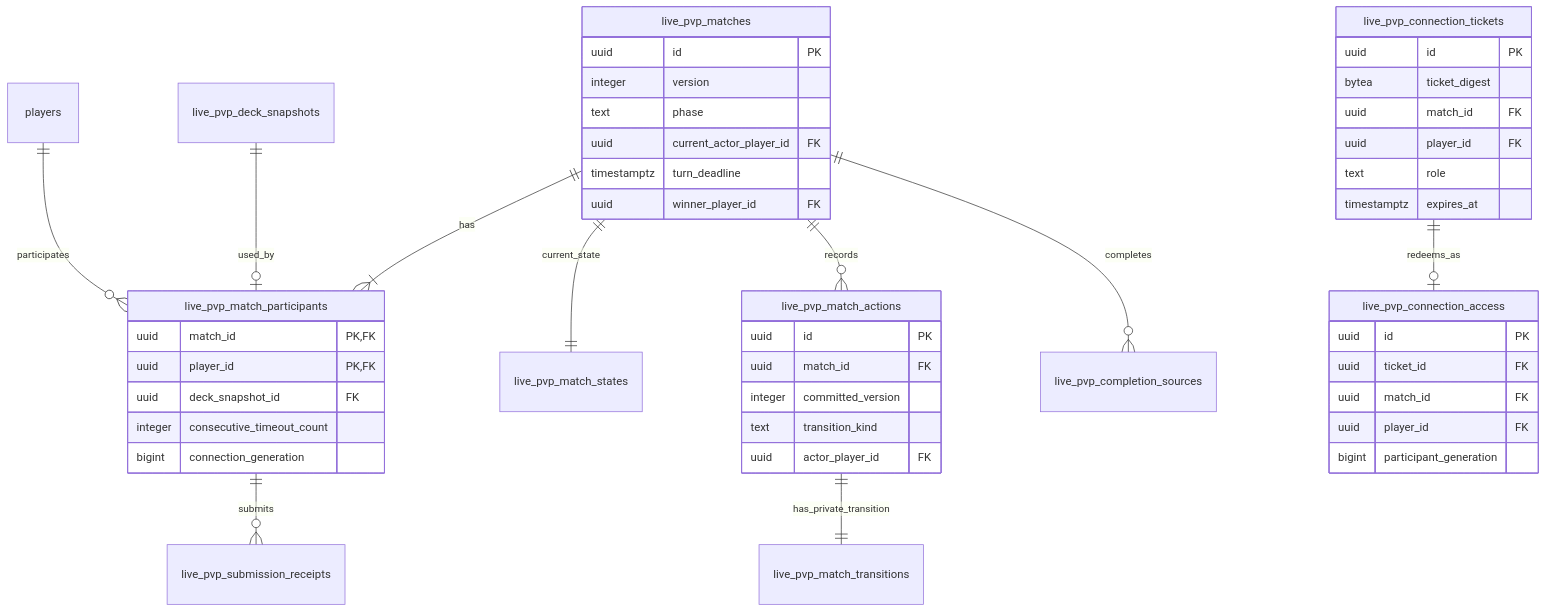
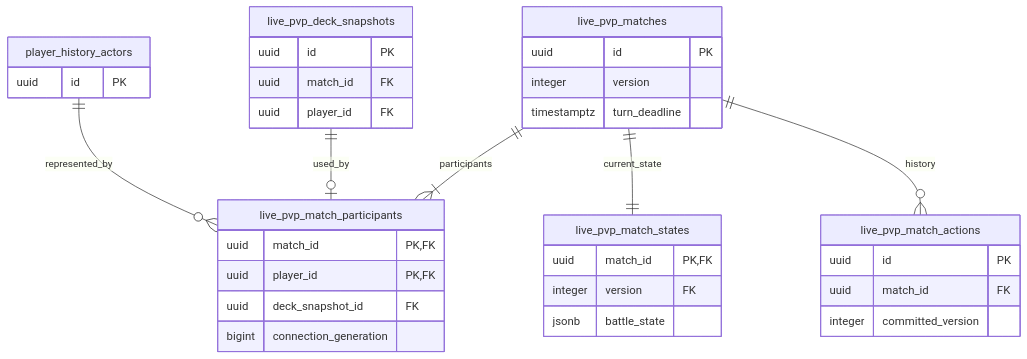
One commit to Gradient-Ascenders/Wits-World changed the third of 5 diagrams in docs/architecture/diagrams/database-battles.md. Above: the diagram before and after it, drawn with Mermaid. The commit also changed other lines of this file and 28 other files, not shown here.

First line of the commit message:
[docs] refresh setup and architecture guides and diagrams

````diff
--- a/docs/architecture/diagrams/database-battles.md
+++ b/docs/architecture/diagrams/database-battles.md
@@ -138,51 +139,42 @@
 ```mermaid
 erDiagram
-    accTitle: Live player battle database relationships
-    accDescr: A live match has two participants with private deck snapshots. Match versions point to private current state and append spectator-safe transition history. Short-lived ticket digests create participant or spectator access records, while participant messages retain private idempotency receipts.
-    live_pvp_matches ||--|{ live_pvp_match_participants : has
-    players ||--o{ live_pvp_match_participants : participates
+    direction TB
+    accTitle: Live battles separate current state from viewer-safe history
+    accDescr: A live match has exactly two participants linked to historical actors and private deck snapshots. Private current state follows the match version; public actions record viewer-safe transitions. Full transition details remain private.
+
+    live_pvp_matches ||--|{ live_pvp_match_participants : participants
+    player_history_actors ||--o{ live_pvp_match_participants : represented_by
     live_pvp_deck_snapshots ||--o| live_pvp_match_participants : used_by
     live_pvp_matches ||--|| live_pvp_match_states : current_state
-    live_pvp_matches ||--o{ live_pvp_match_actions : records
-    live_pvp_match_actions ||--|| live_pvp_match_transitions : has_private_transition
-    live_pvp_match_participants ||--o{ live_pvp_submission_receipts : submits
-    live_pvp_connection_tickets ||--o| live_pvp_connection_access : redeems_as
-    live_pvp_matches ||--o{ live_pvp_completion_sources : completes
+    live_pvp_matches ||--o{ live_pvp_match_actions : history
+
     live_pvp_matches {
         uuid id PK
         integer version
-        text phase
-        uuid current_actor_player_id FK
         timestamptz turn_deadline
-        uuid winner_player_id FK
+    }
+    player_history_actors {
+        uuid id PK
     }
     live_pvp_match_participants {
         uuid match_id PK, FK
         uuid player_id PK, FK
         uuid deck_snapshot_id FK
-        integer consecutive_timeout_count
         bigint connection_generation
+    }
+    live_pvp_deck_snapshots {
+        uuid id PK
+        uuid match_id FK
+        uuid player_id FK
+    }
+    live_pvp_match_states {
+        uuid match_id PK, FK
+        integer version FK
+        jsonb battle_state
     }
     live_pvp_match_actions {
         uuid id PK
         uuid match_id FK
         integer committed_version
-        text transition_kind
-        uuid actor_player_id FK
-    }
-    live_pvp_connection_tickets {
-        uuid id PK
-        bytea ticket_digest
-        uuid match_id FK
-        uuid player_id FK
-        text role
-        timestamptz expires_at
-    }
-    live_pvp_connection_access {
-        uuid id PK
-        uuid ticket_id FK
-        uuid match_id FK
-        uuid player_id FK
-        bigint participant_generation
     }
 ```
````
